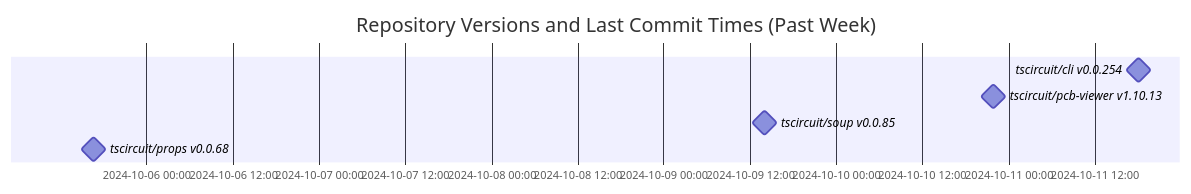
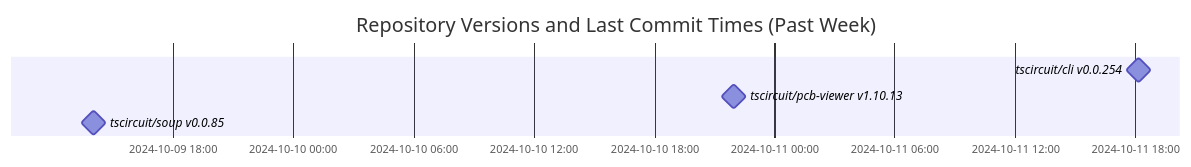
Before and after one commit to tscircuit/version-tracker: the diagram in README.md, drawn with Mermaid.

Commit message:
Update chart

````diff
--- a/README.md
+++ b/README.md
@@ -1,11 +1,10 @@
 ```mermaid
 gantt
   dateFormat  YYYY-MM-DD HH:mm:ss
   title Repository Versions and Last Commit Times (Past Week)
   axisFormat %Y-%m-%d %H:%M
 
   tscircuit/cli v0.0.254 : milestone, 2024-10-11 18:09:20, 1s
   tscircuit/pcb-viewer v1.10.13 : milestone, 2024-10-10 21:59:08, 1s
   tscircuit/soup v0.0.85 : milestone, 2024-10-09 14:03:06, 1s
-  tscircuit/props v0.0.68 : milestone, 2024-10-05 16:34:46, 1s
 ```
````
